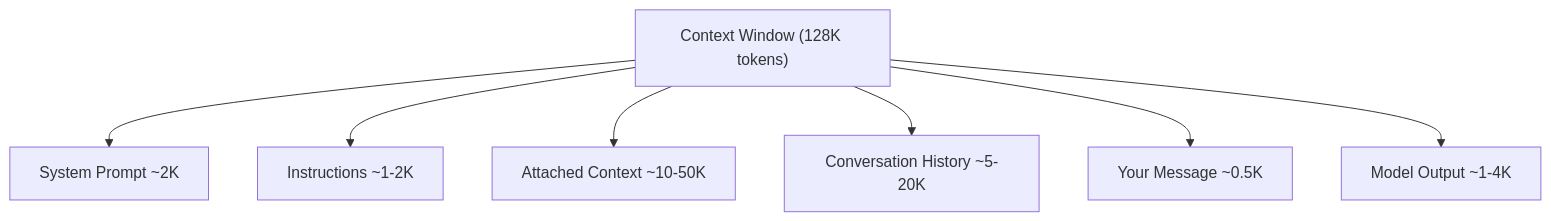
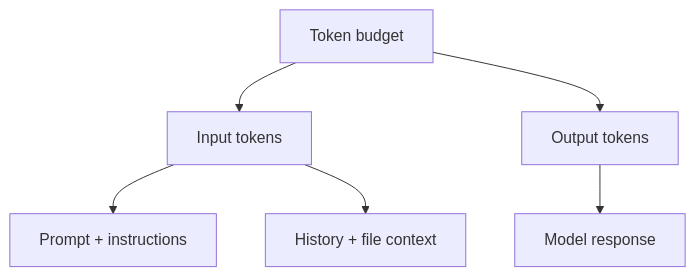
Before and after one commit to tammym-demos/ghcp-agentic-hack: the second of 2 diagrams in workshops/copilot-dev-foundations/copilot-dev-foundations.slidev.md, drawn with Mermaid. The commit also changed other lines of this file and 20 other files, not shown here.

````diff
--- a/workshops/copilot-dev-foundations/copilot-dev-foundations.slidev.md
+++ b/workshops/copilot-dev-foundations/copilot-dev-foundations.slidev.md
@@ -478,9 +498,8 @@
-```mermaid {scale: 0.55}
+```mermaid {scale: 0.75}
 graph TB
-    A["Context Window (128K tokens)"] --> B["System Prompt ~2K"]
-    A --> C["Instructions ~1-2K"]
-    A --> D["Attached Context ~10-50K"]
-    A --> E["Conversation History ~5-20K"]
-    A --> F["Your Message ~0.5K"]
-    A --> G["Model Output ~1-4K"]
+    A["Token budget"] --> B["Input tokens"]
+    A --> C["Output tokens"]
+    B --> D["Prompt + instructions"]
+    B --> E["History + file context"]
+    C --> F["Model response"]
 ```
````
